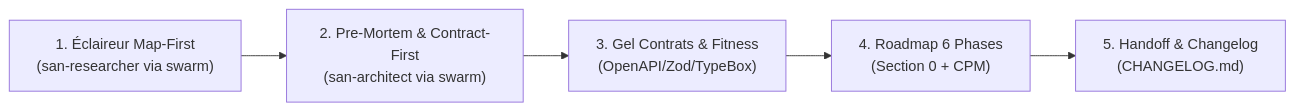
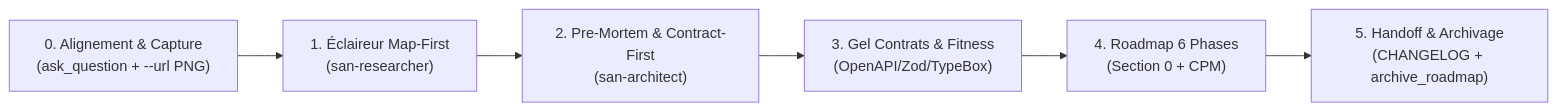
The diagram in src/skills/san_planner/SKILL.md (alexsan-dev/san_agy_framework), drawn with Mermaid before and after one commit. The commit also changed other lines of this file and 69 other files, not shown here.

````diff
--- a/src/skills/san_planner/SKILL.md
+++ b/src/skills/san_planner/SKILL.md
@@ -14,7 +14,8 @@
 ```mermaid
 flowchart LR
-    E1["1. Éclaireur Map-First\n(san-researcher via swarm)"] --> E2["2. Pre-Mortem & Contract-First\n(san-architect via swarm)"]
+    E0["0. Alignement & Capture\n(ask_question + --url PNG)"] --> E1["1. Éclaireur Map-First\n(san-researcher)"]
+    E1 --> E2["2. Pre-Mortem & Contract-First\n(san-architect)"]
     E2 --> E3["3. Gel Contrats & Fitness\n(OpenAPI/Zod/TypeBox)"]
     E3 --> E4["4. Roadmap 6 Phases\n(Section 0 + CPM)"]
-    E4 --> E5["5. Handoff & Changelog\n(CHANGELOG.md)"]
+    E4 --> E5["5. Handoff & Archivage\n(CHANGELOG + archive_roadmap)"]
 ```
````
